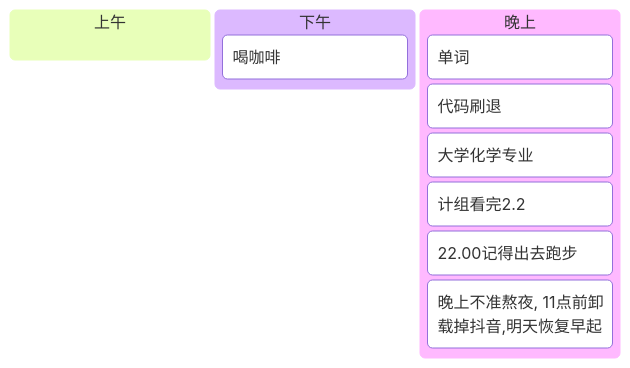
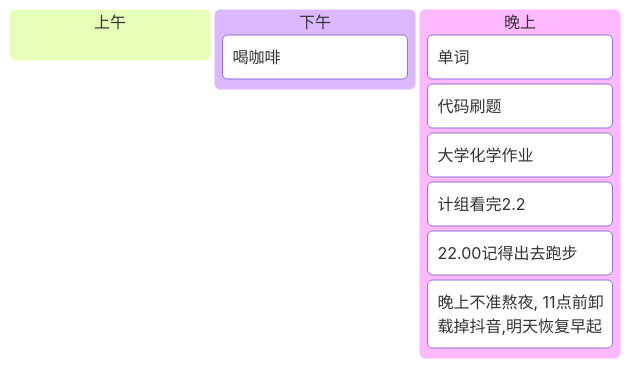
One commit to Sophomoresty/obsidian-notes changed the second of 2 diagrams in 日记/2025-05-07.md. Above: the diagram before and after it, drawn with Mermaid. The commit also changed other lines of this file and 7 other files, not shown here.

````diff
--- a/日记/2025-05-07.md
+++ b/日记/2025-05-07.md
@@ -67,15 +72,14 @@
  ```mermaid
 kanban
 [上午]
 
 [下午]
   	[喝咖啡]
-	
 [晚上]
 	[单词]
-	[代码刷退]
-	[大学化学专业]
+	[代码刷题]
+	[大学化学作业]
 	[计组看完2.2]
 	[22.00记得出去跑步]
 	[晚上不准熬夜, 11点前卸载掉抖音,明天恢复早起]
 ```
````
